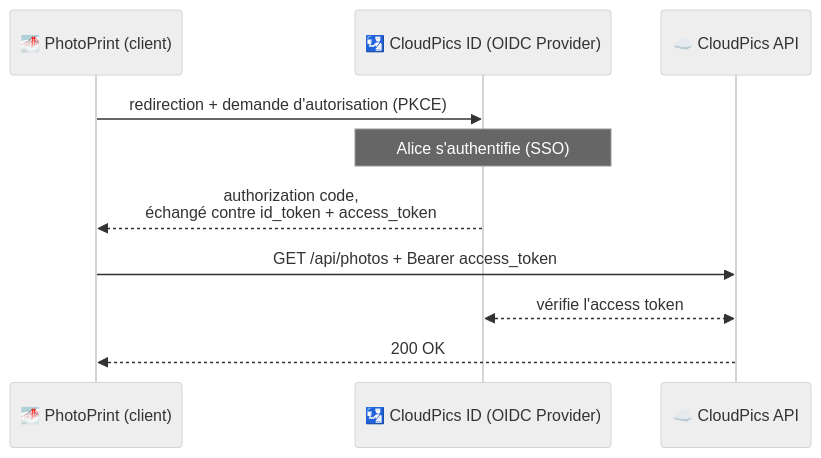
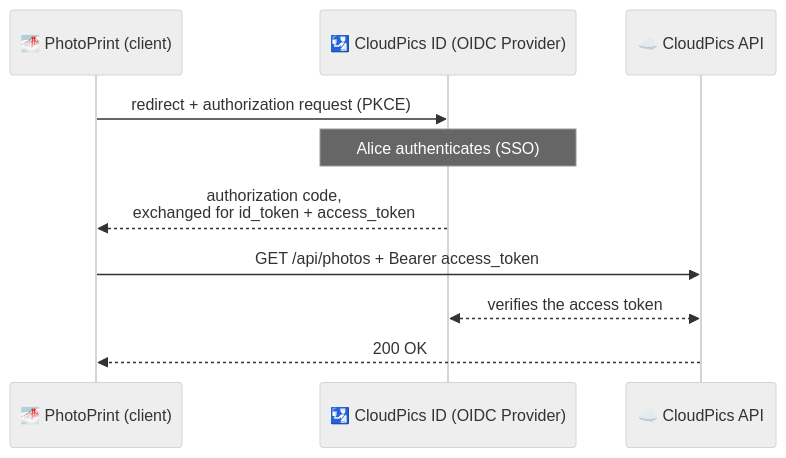
The diagram in pages/authentication/definition.md (welcoMattic/api-secured-the-modern-way), drawn with Mermaid (neutral theme) before and after one commit. The commit also changed other lines of this file and 18 other files, not shown here.

````diff
--- a/pages/authentication/definition.md
+++ b/pages/authentication/definition.md
@@ -36,13 +36,13 @@
 ```mermaid
 sequenceDiagram
     participant C as 🌁 PhotoPrint (client)
     participant P as 🛂 CloudPics ID (OIDC Provider)
     participant A as ☁️ CloudPics API
 
-    C->>P: redirection + demande d'autorisation (PKCE)
-    Note over P: Alice s'authentifie (SSO)
-    P-->>C: authorization code,<br/>échangé contre id_token + access_token
+    C->>P: redirect + authorization request (PKCE)
+    Note over P: Alice authenticates (SSO)
+    P-->>C: authorization code,<br/>exchanged for id_token + access_token
     C->>A: GET /api/photos + Bearer access_token
-    A<<-->>P: vérifie l'access token
+    A<<-->>P: verifies the access token
     A-->>C: 200 OK
 ```
````
